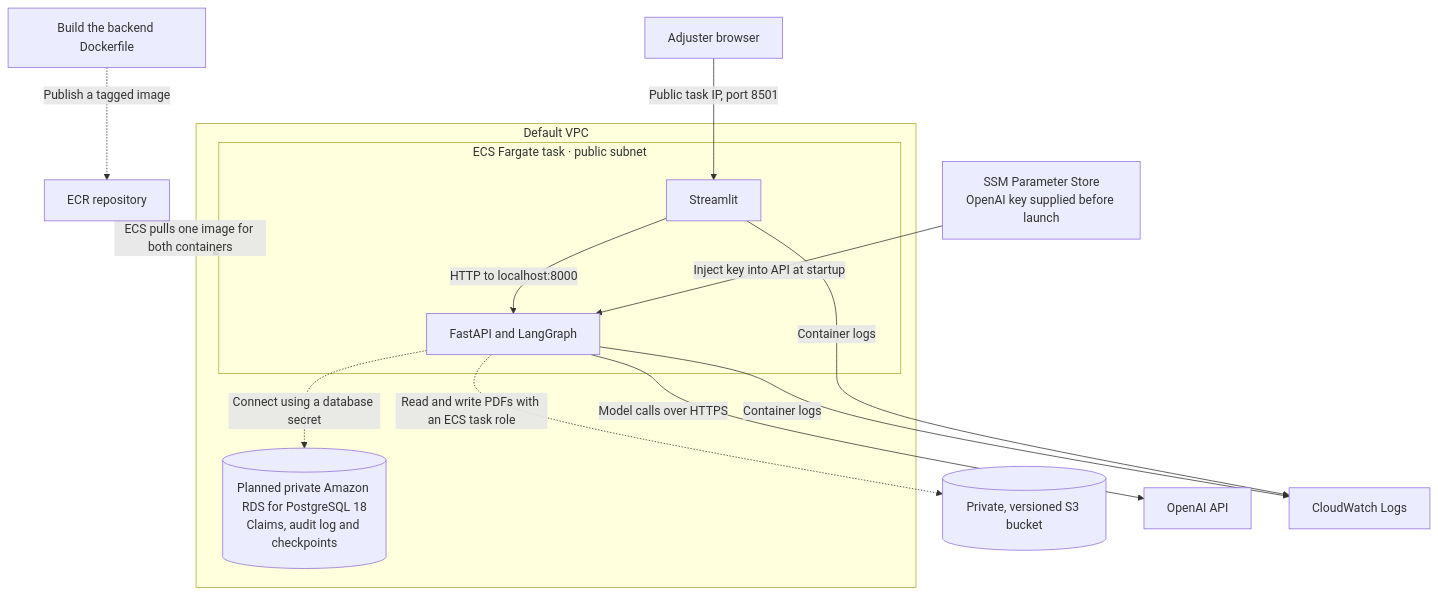
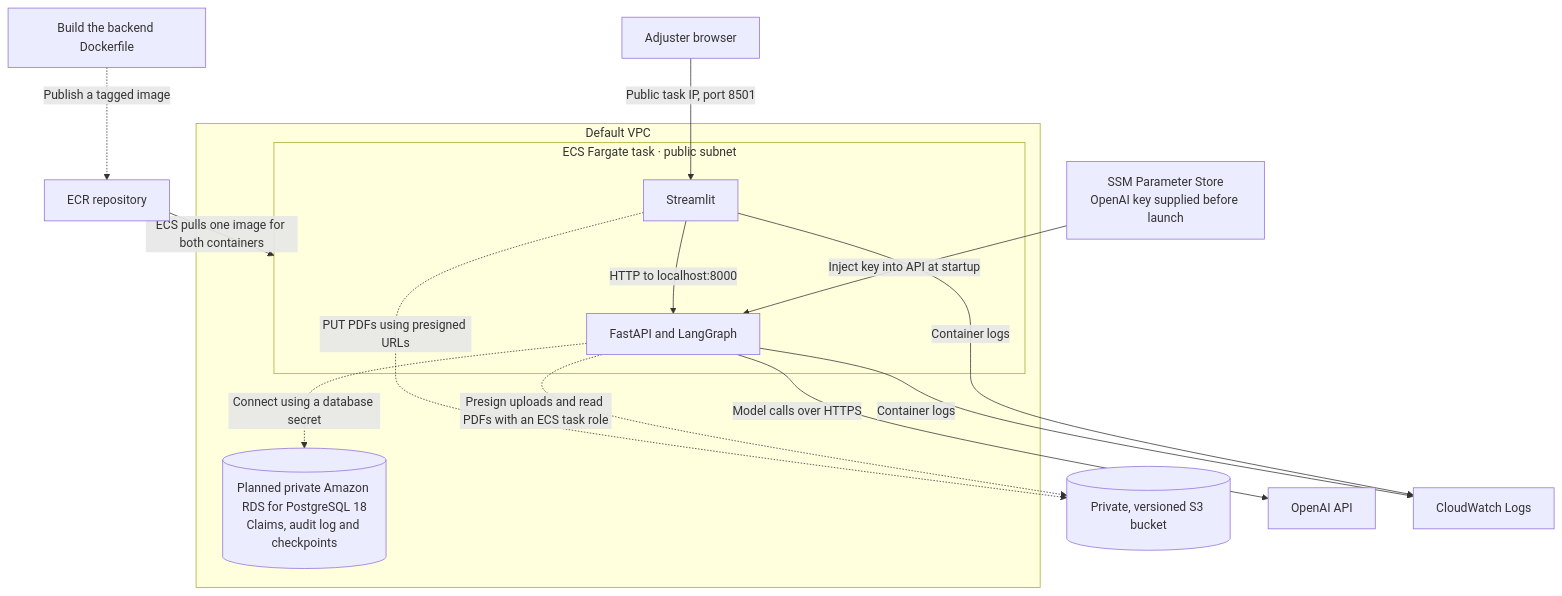
The third of 3 diagrams in infra.md (MP-30/Claim-Sense), drawn with Mermaid before and after one commit. The commit also changed other lines of this file and 3 other files, not shown here.

````diff
--- a/infra.md
+++ b/infra.md
@@ -67,20 +72,21 @@
 ```mermaid
 flowchart TB
     Build["Build the backend Dockerfile"] -.->|"Publish a tagged image"| ECR["ECR repository"]
     Param["SSM Parameter Store<br/>OpenAI key supplied before launch"] -->|"Inject key into API at startup"| API
     ECR -->|"ECS pulls one image for both containers"| Task
     User["Adjuster browser"] -->|"Public task IP, port 8501"| UI
     subgraph VPC["Default VPC"]
         subgraph Task["ECS Fargate task · public subnet"]
             UI["Streamlit"]
             API["FastAPI and LangGraph"]
             UI -->|"HTTP to localhost:8000"| API
         end
         DB[("Planned private Amazon RDS for PostgreSQL 18<br/>Claims, audit log and checkpoints")]
         API -.->|"Connect using a database secret"| DB
     end
-    API -.->|"Read and write PDFs with an ECS task role"| S3[("Private, versioned S3 bucket")]
+    API -.->|"Presign uploads and read PDFs with an ECS task role"| S3[("Private, versioned S3 bucket")]
+    UI -.->|"PUT PDFs using presigned URLs"| S3
     API -->|"Model calls over HTTPS"| Model["OpenAI API"]
     UI -->|"Container logs"| Logs["CloudWatch Logs"]
     API -->|"Container logs"| Logs
 ```
````
